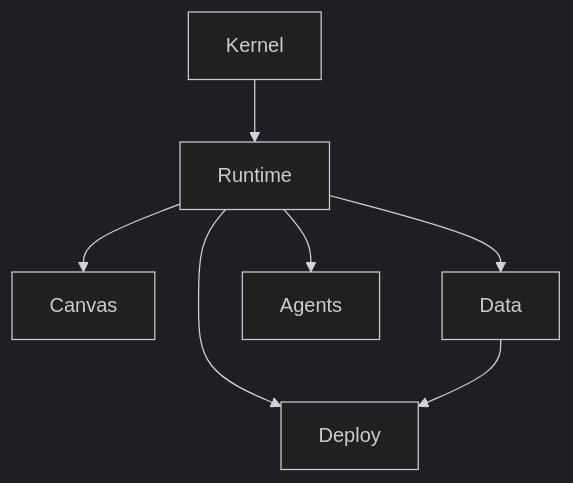
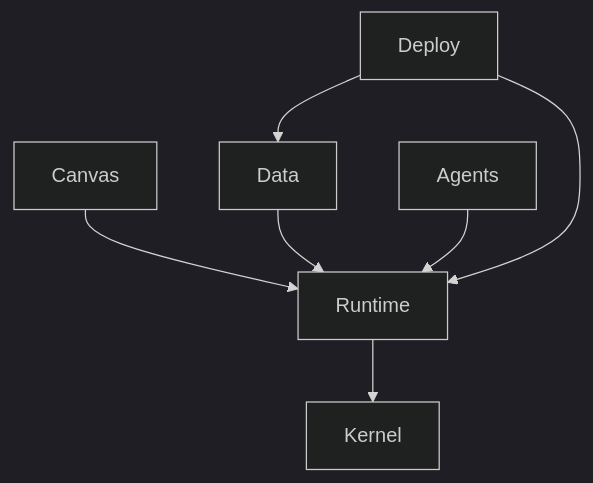
Before and after one commit to somat3k/test-repository-infinity_OS: the second of 2 diagrams in AGENTS.md, drawn with Mermaid (dark theme).

Commit message:
Clarify component dependency directions

````diff
--- a/AGENTS.md
+++ b/AGENTS.md
@@ -48,9 +48,9 @@
 ```mermaid
 flowchart TB
-  Kernel --> Runtime
-  Runtime --> Canvas
-  Runtime --> Data
-  Runtime --> Agents
-  Runtime --> Deploy
-  Data --> Deploy
+  Canvas --> Runtime
+  Data --> Runtime
+  Agents --> Runtime
+  Deploy --> Runtime
+  Deploy --> Data
+  Runtime --> Kernel
 ```
````
